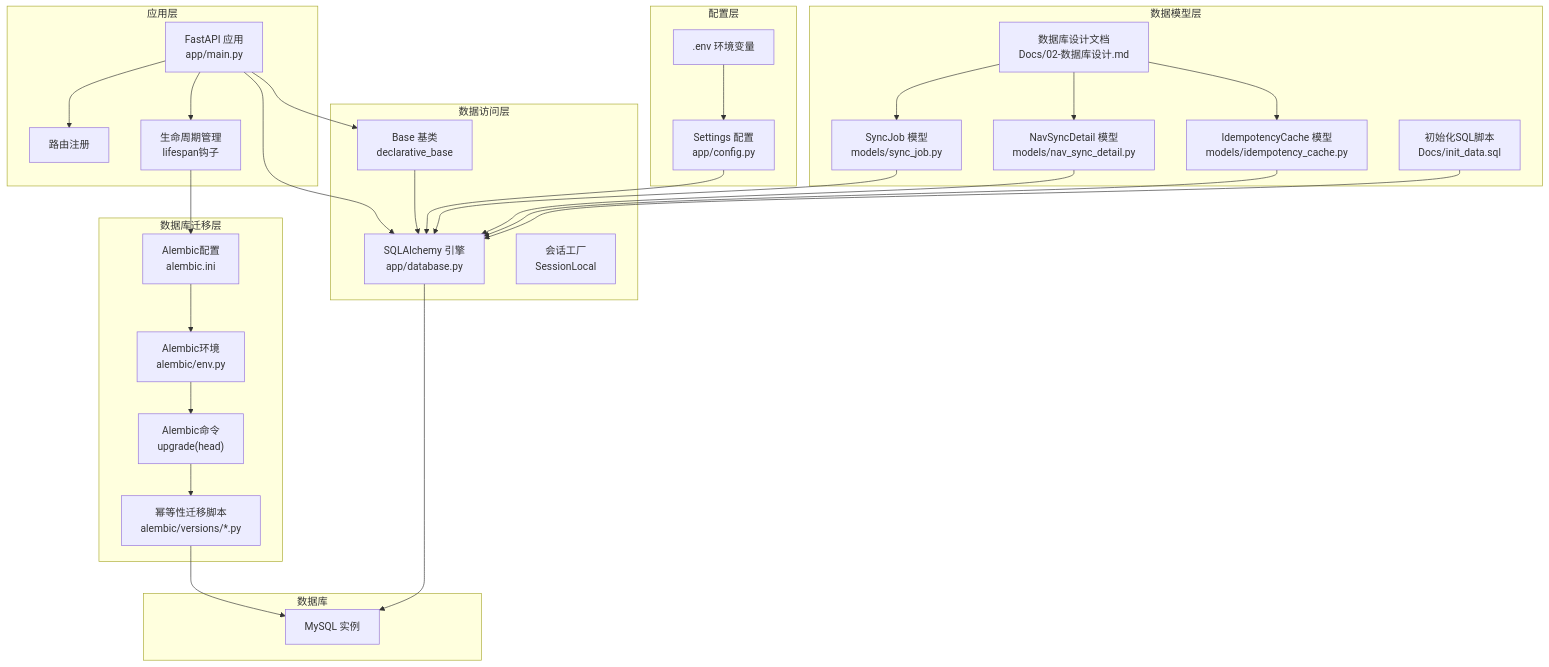
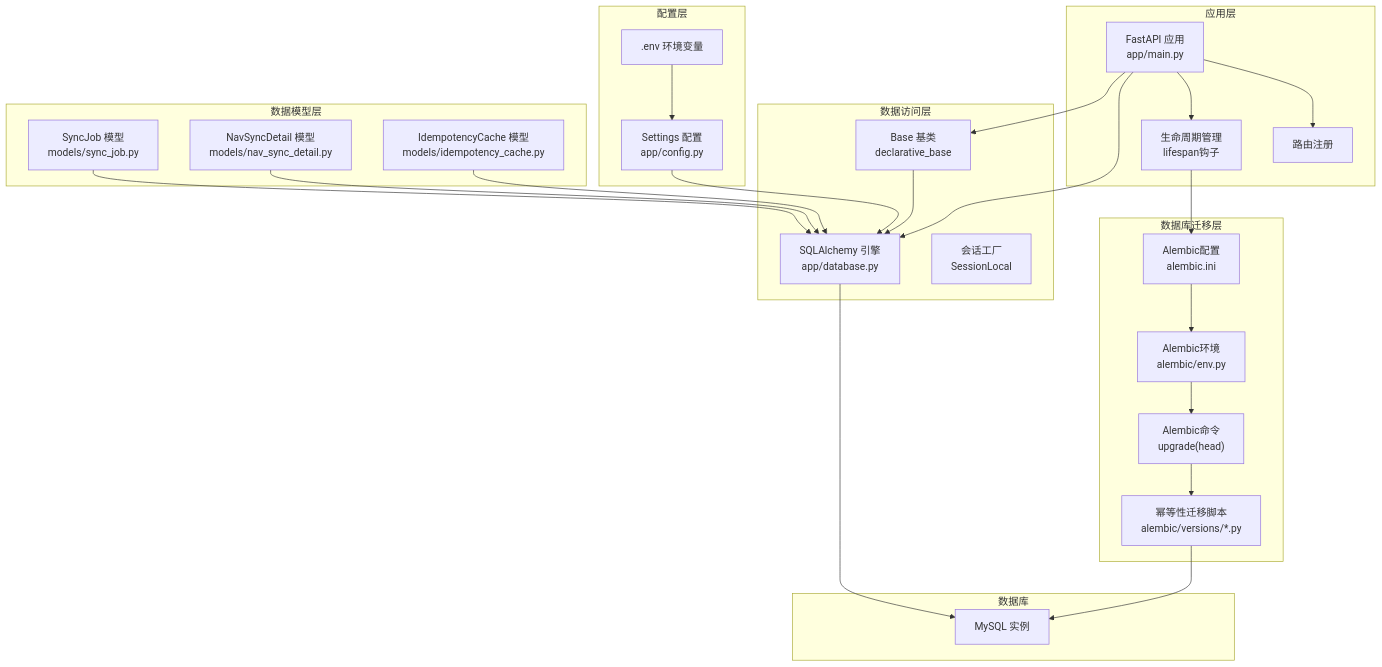
Before and after one commit to gujialind/InvestRing: the second of 4 diagrams in .qoder/repowiki/zh/content/开发指南/部署指南/数据库部署.md, drawn with Mermaid. The commit also changed other lines of this file and 65 other files, not shown here.

````diff
--- a/.qoder/repowiki/zh/content/开发指南/部署指南/数据库部署.md
+++ b/.qoder/repowiki/zh/content/开发指南/部署指南/数据库部署.md
@@ -137,53 +113,47 @@
 ```mermaid
 graph TB
 subgraph "应用层"
 M["FastAPI 应用<br/>app/main.py"]
 R["路由注册"]
 L["生命周期管理<br/>lifespan钩子"]
 end
 subgraph "数据库迁移层"
 AM["Alembic配置<br/>alembic.ini"]
 AE["Alembic环境<br/>alembic/env.py"]
 AC["Alembic命令<br/>upgrade(head)"]
 MI["幂等性迁移脚本<br/>alembic/versions/*.py"]
 end
 subgraph "数据访问层"
 D["SQLAlchemy 引擎<br/>app/database.py"]
 S["会话工厂<br/>SessionLocal"]
 B["Base 基类<br/>declarative_base"]
 end
 subgraph "配置层"
 C["Settings 配置<br/>app/config.py"]
 E[".env 环境变量"]
 end
 subgraph "数据模型层"
 SM["SyncJob 模型<br/>models/sync_job.py"]
 ND["NavSyncDetail 模型<br/>models/nav_sync_detail.py"]
 IC["IdempotencyCache 模型<br/>models/idempotency_cache.py"]
-DD["数据库设计文档<br/>Docs/02-数据库设计.md"]
-IS["初始化SQL脚本<br/>Docs/init_data.sql"]
 end
 subgraph "数据库"
 MYSQL["MySQL 实例"]
 end
 M --> R
 M --> L
 L --> AM
 AM --> AE
 AE --> AC
 AC --> MI
 MI --> MYSQL
 M --> D
 D --> MYSQL
 C --> D
 E --> C
 M --> B
 B --> D
 SM --> D
 ND --> D
 IC --> D
-DD --> SM
-DD --> ND
-DD --> IC
-IS --> D
 ```
````
